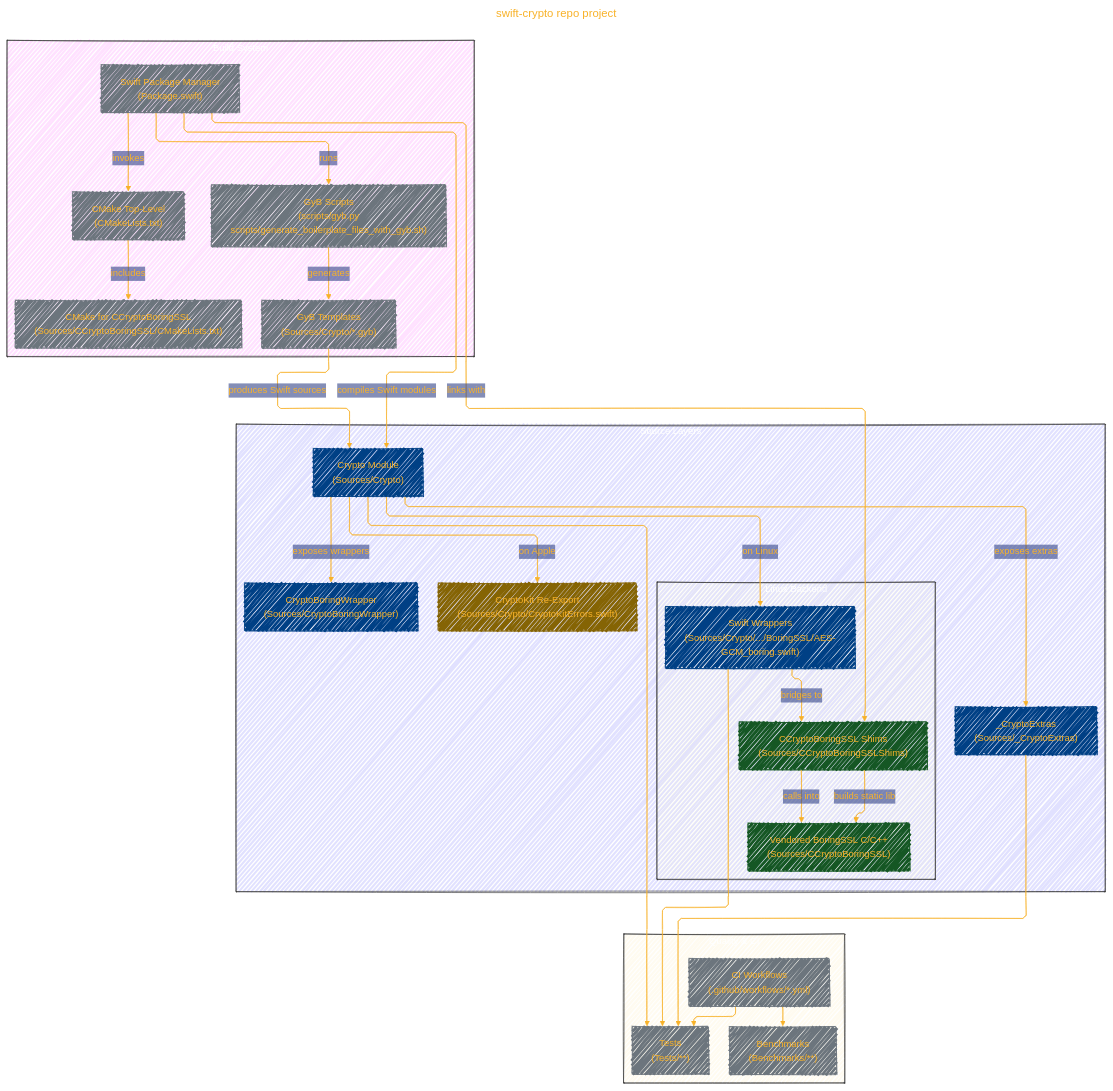
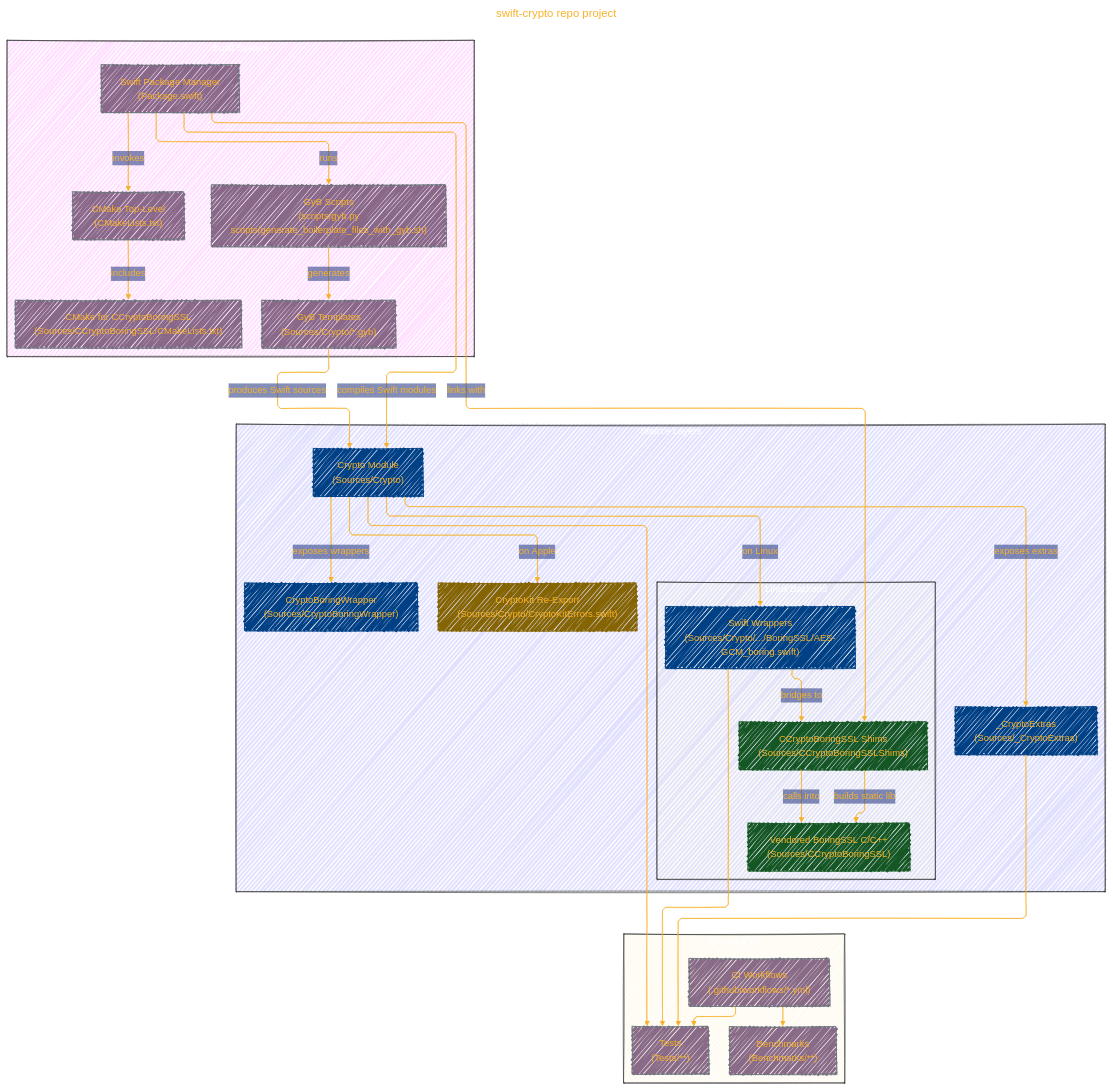
The first of 2 diagrams in APPLE/APPLE_REPO_PROJECTS/swift-crypto.md (CongLeSolutionX/ArchExplorer), drawn with Mermaid before and after one commit.

Commit message:
update notes

````diff
--- a/APPLE/APPLE_REPO_PROJECTS/swift-crypto.md
+++ b/APPLE/APPLE_REPO_PROJECTS/swift-crypto.md
@@ -148,7 +148,7 @@
     %% Styles
     classDef swift fill:#004085,stroke:#004085
     classDef c fill:#155724,stroke:#155724
-    classDef tools fill:#6c757d,stroke:#6c757d
+    classDef tools fill:#757d,stroke:#6c757d
     classDef external fill:#856404,stroke:#856404
 
 ```
````
